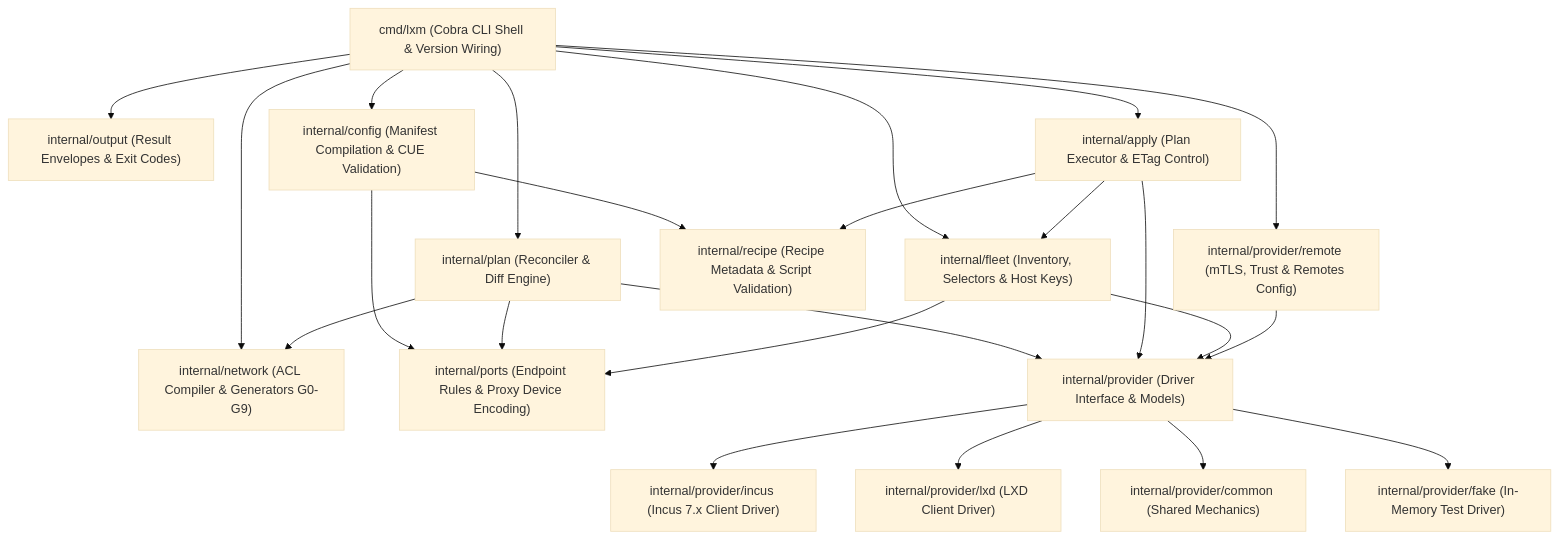
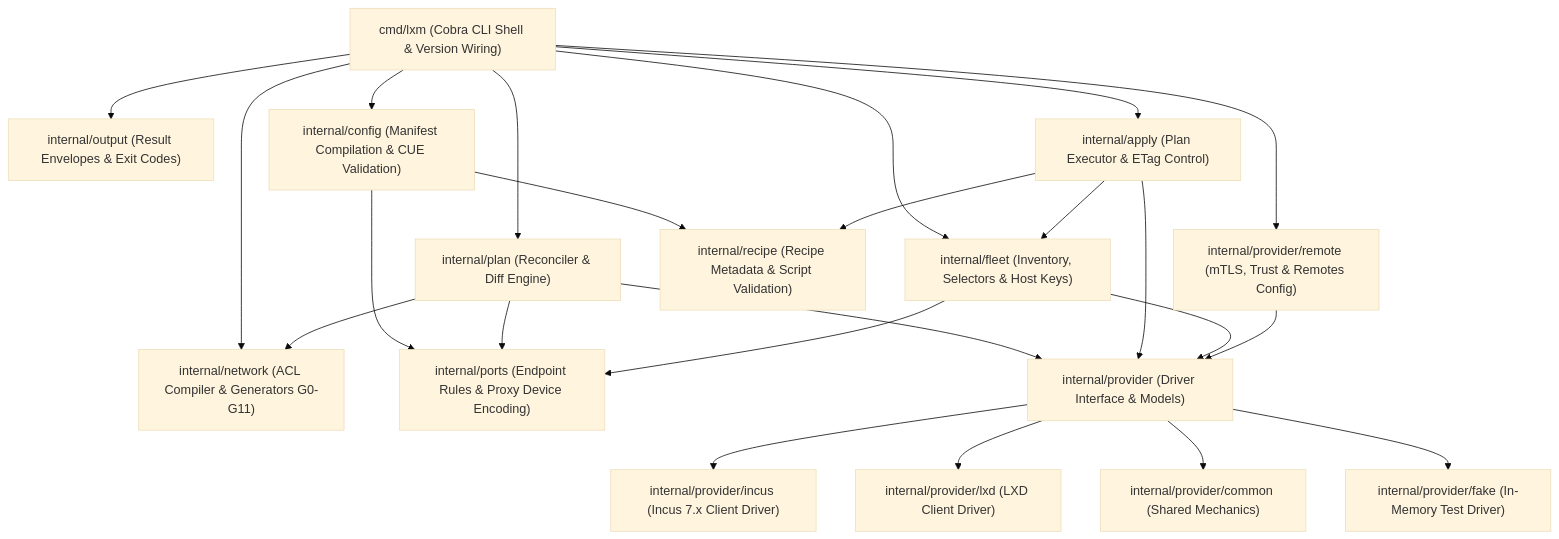
The first of 3 diagrams in ARCHITECTURE.md (aiyor/lxm), drawn with Mermaid (base theme) before and after one commit. The commit also changed other lines of this file and 32 other files, not shown here.

````diff
--- a/ARCHITECTURE.md
+++ b/ARCHITECTURE.md
@@ -24,26 +24,26 @@
 ```mermaid
 graph TD
     CLI["cmd/lxm (Cobra CLI Shell & Version Wiring)"] --> Output["internal/output (Result Envelopes & Exit Codes)"]
     CLI --> Config["internal/config (Manifest Compilation & CUE Validation)"]
     CLI --> Fleet["internal/fleet (Inventory, Selectors & Host Keys)"]
     CLI --> Plan["internal/plan (Reconciler & Diff Engine)"]
-    CLI --> Network["internal/network (ACL Compiler & Generators G0-G9)"]
+    CLI --> Network["internal/network (ACL Compiler & Generators G0-G11)"]
     CLI --> Apply["internal/apply (Plan Executor & ETag Control)"]
     CLI --> Remote["internal/provider/remote (mTLS, Trust & Remotes Config)"]
 
     Config --> Recipe["internal/recipe (Recipe Metadata & Script Validation)"]
     Config --> Ports["internal/ports (Endpoint Rules & Proxy Device Encoding)"]
     Plan --> Ports
     Fleet --> Ports
     Plan --> Network
     Plan --> Provider["internal/provider (Driver Interface & Models)"]
     Apply --> Provider
     Apply --> Recipe
     Apply --> Fleet
     Fleet --> Provider
     Remote --> Provider
     Provider --> Incus["internal/provider/incus (Incus 7.x Client Driver)"]
     Provider --> LXD["internal/provider/lxd (LXD Client Driver)"]
     Provider --> Common["internal/provider/common (Shared Mechanics)"]
     Provider --> Fake["internal/provider/fake (In-Memory Test Driver)"]
 ```
````
